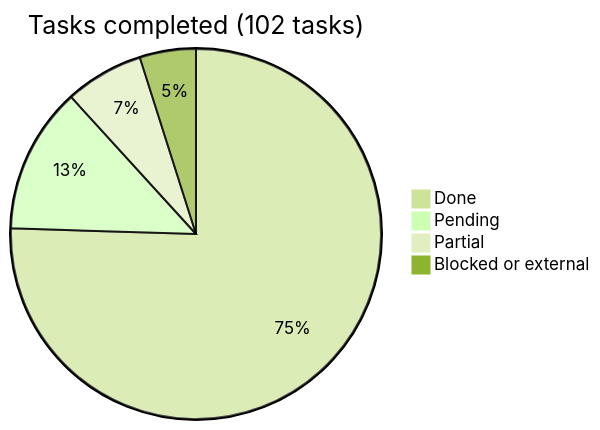
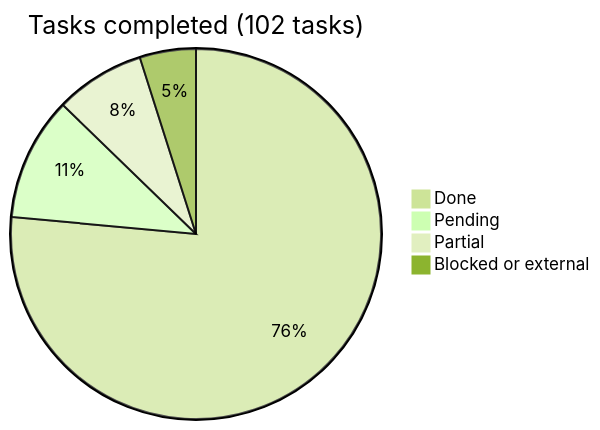
One commit to araguaney-lat/araguaney-app changed the diagram in docs/roadmap/README.md. Above: the diagram before and after it, drawn with Mermaid (forest theme). The commit also changed other lines of this file and 7 other files, not shown here.

````diff
--- a/docs/roadmap/README.md
+++ b/docs/roadmap/README.md
@@ -16,7 +16,7 @@
 ```mermaid
 pie title Tasks completed (102 tasks)
-    "Done" : 77
-    "Pending" : 13
-    "Partial" : 7
+    "Done" : 78
+    "Pending" : 11
+    "Partial" : 8
     "Blocked or external" : 5
 ```
````
